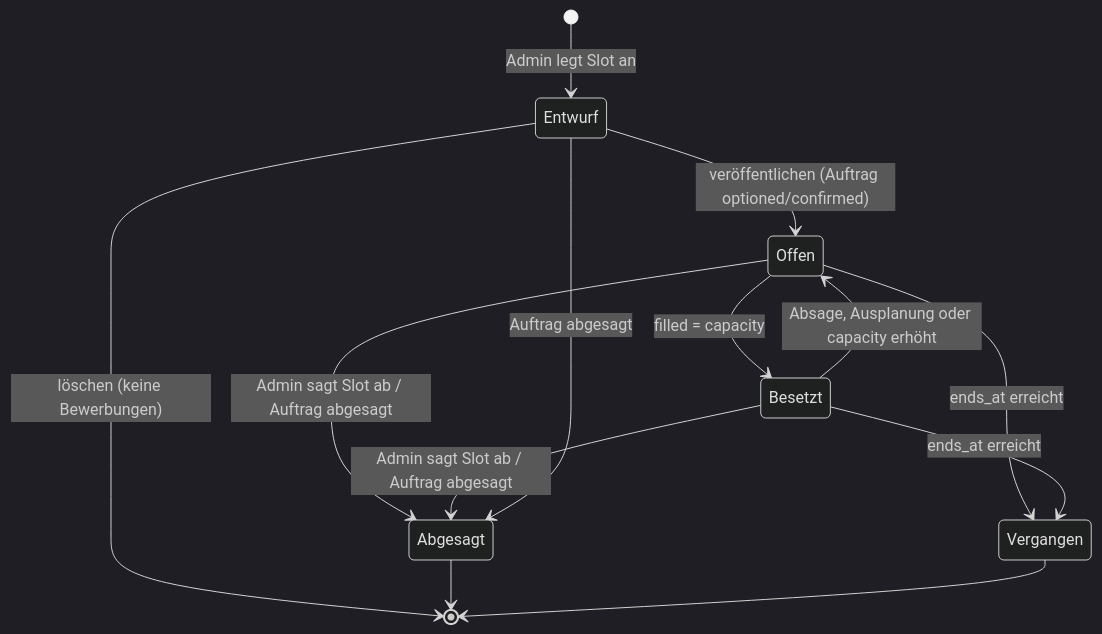
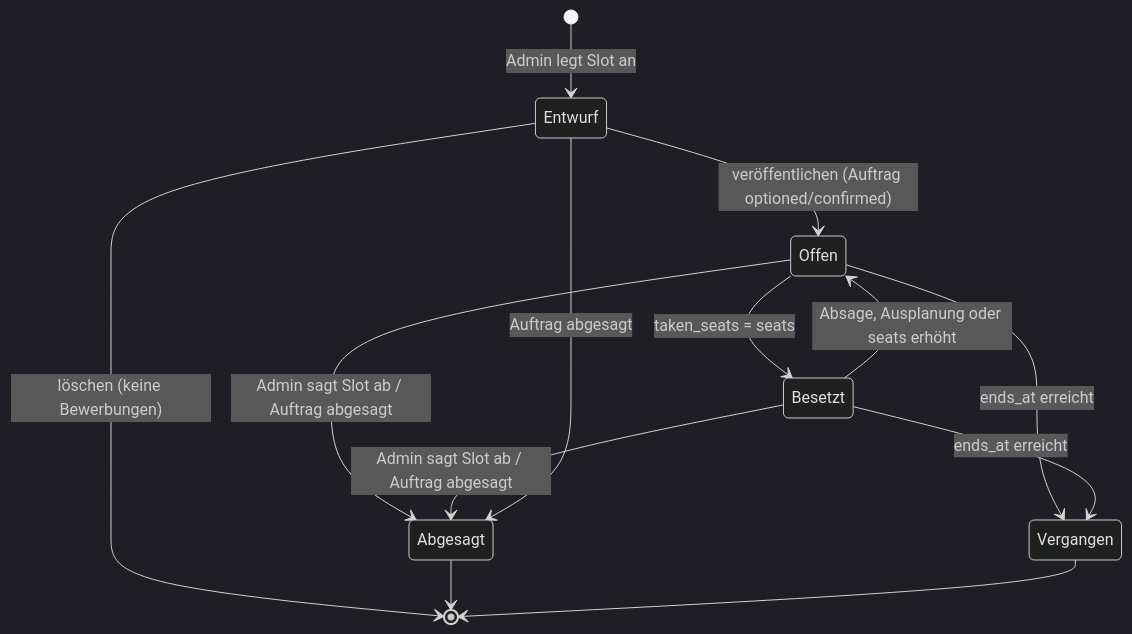
The fourth of 8 diagrams in docs/02-ablaeufe.md (Maddin1337/catering-app), drawn with Mermaid (dark theme) before and after one commit. The commit also changed other lines of this file and 5 other files, not shown here.

````diff
--- a/docs/02-ablaeufe.md
+++ b/docs/02-ablaeufe.md
@@ -433,20 +476,20 @@
 ```mermaid
 stateDiagram-v2
     state "Entwurf" as draft
     state "Offen" as open
     state "Besetzt" as full
     state "Abgesagt" as cancelled
     state "Vergangen" as past
     [*] --> draft: Admin legt Slot an
     draft --> [*]: löschen (keine Bewerbungen)
     draft --> open: veröffentlichen (Auftrag optioned/confirmed)
-    open --> full: filled = capacity
-    full --> open: Absage, Ausplanung oder capacity erhöht
+    open --> full: taken_seats = seats
+    full --> open: Absage, Ausplanung oder seats erhöht
     open --> cancelled: Admin sagt Slot ab / Auftrag abgesagt
     full --> cancelled: Admin sagt Slot ab / Auftrag abgesagt
     draft --> cancelled: Auftrag abgesagt
     open --> past: ends_at erreicht
     full --> past: ends_at erreicht
     cancelled --> [*]
     past --> [*]
 ```
````
